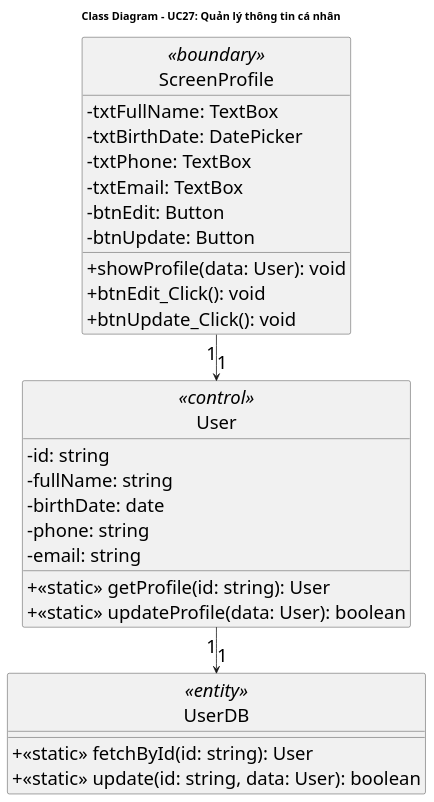
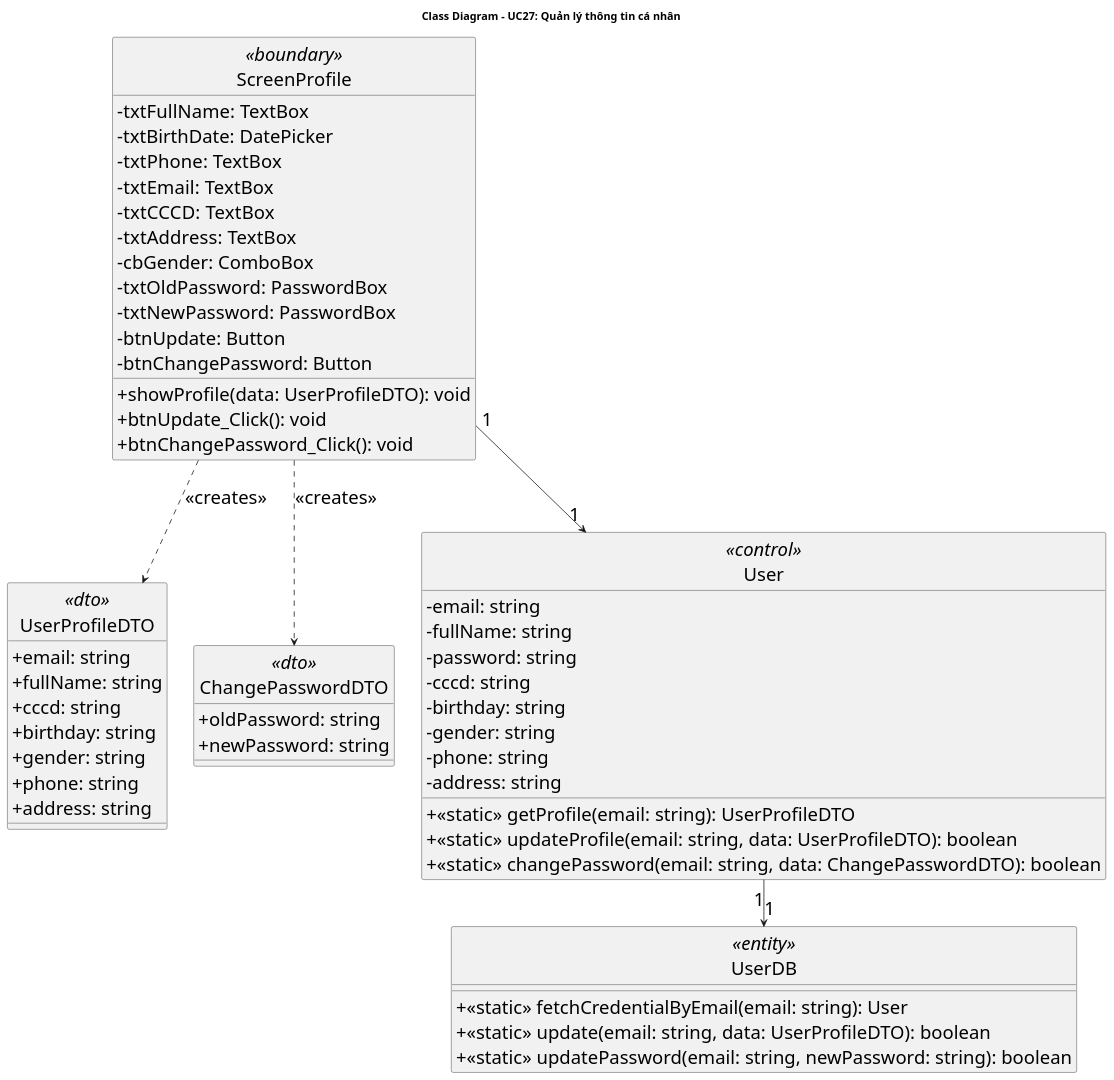
The diagram in doc/system/chinh_sua_thong_tin_ca_nhan/ChinhSuaThongTinCaNhan_ClassDiagram.wsd (Gnourt812005/HCMUS-Analyze-and-desgin-IS), drawn with PlantUML before and after one commit. The commit also changed 1 other file, not shown here.

```diff
--- a/doc/system/chinh_sua_thong_tin_ca_nhan/ChinhSuaThongTinCaNhan_ClassDiagram.wsd
+++ b/doc/system/chinh_sua_thong_tin_ca_nhan/ChinhSuaThongTinCaNhan_ClassDiagram.wsd
@@ -1,38 +1,69 @@
 @startuml ChinhSuaThongTinCaNhan_ClassDiagram
 skinparam DefaultFontSize 24
 skinparam classAttributeIconSize 0
 skinparam style strictuml
 
 title Class Diagram - UC27: Quản lý thông tin cá nhân
 
+' --- BOUNDARY LAYER ---
 class "ScreenProfile" <<boundary>> {
     - txtFullName: TextBox
     - txtBirthDate: DatePicker
     - txtPhone: TextBox
     - txtEmail: TextBox
-    - btnEdit: Button
+    - txtCCCD: TextBox
+    - txtAddress: TextBox
+    - cbGender: ComboBox
+    - txtOldPassword: PasswordBox
+    - txtNewPassword: PasswordBox
     - btnUpdate: Button
-    + showProfile(data: User): void
-    + btnEdit_Click(): void
+    - btnChangePassword: Button
+    + showProfile(data: UserProfileDTO): void
     + btnUpdate_Click(): void
+    + btnChangePassword_Click(): void
 }
 
-class "User" <<control>> {
-    - id: string
-    - fullName: string
-    - birthDate: date
-    - phone: string
-    - email: string
-    + <<static>> getProfile(id: string): User
-    + <<static>> updateProfile(data: User): boolean
+' --- DTO LAYER ---
+class "UserProfileDTO" <<dto>> {
+    + email: string
+    + fullName: string
+    + cccd: string
+    + birthday: string
+    + gender: string
+    + phone: string
+    + address: string
 }
 
-class "UserDB" <<entity>> {
-    + <<static>> fetchById(id: string): User
-    + <<static>> update(id: string, data: User): boolean
+class "ChangePasswordDTO" <<dto>> {
+    + oldPassword: string
+    + newPassword: string
 }
 
+' --- BUSINESS LAYER ---
+class "User" <<control>> {
+    - email: string
+    - fullName: string
+    - password: string
+    - cccd: string
+    - birthday: string
+    - gender: string
+    - phone: string
+    - address: string
+    + <<static>> getProfile(email: string): UserProfileDTO
+    + <<static>> updateProfile(email: string, data: UserProfileDTO): boolean
+    + <<static>> changePassword(email: string, data: ChangePasswordDTO): boolean
+}
+
+' --- DATABASE LAYER ---
+class "UserDB" <<entity>> {
+    + <<static>> fetchCredentialByEmail(email: string): User
+    + <<static>> update(email: string, data: UserProfileDTO): boolean
+    + <<static>> updatePassword(email: string, newPassword: string): boolean
+}
+
+ScreenProfile ..> UserProfileDTO : <<creates>>
+ScreenProfile ..> ChangePasswordDTO : <<creates>>
 ScreenProfile "1" --> "1" User
 User "1" --> "1" UserDB
 
 @enduml
```
